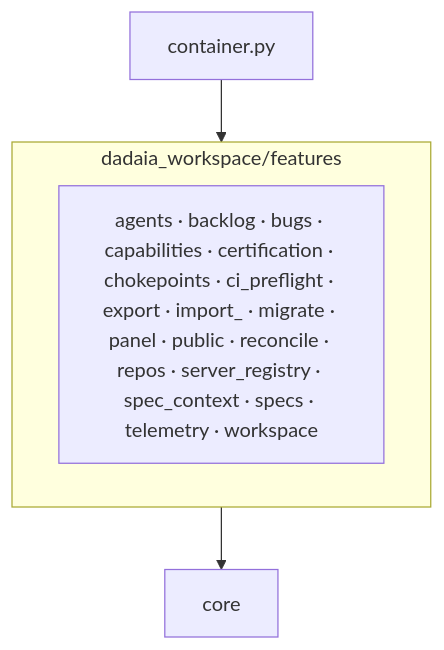
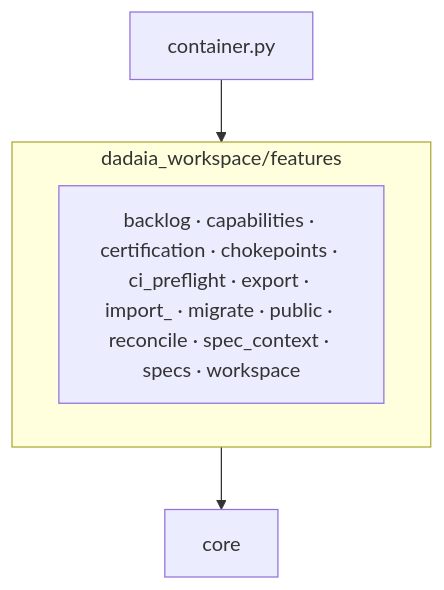
Before and after one commit to marcoaureliomenezes/dadaia-workspace: the second of 2 diagrams in specs/memory/ARCHITECTURE.md, drawn with Mermaid. The commit also changed other lines of this file and 821 other files, not shown here.

````diff
--- a/specs/memory/ARCHITECTURE.md
+++ b/specs/memory/ARCHITECTURE.md
@@ -164,8 +145,8 @@
 ```mermaid
 flowchart TB
     subgraph features["dadaia_workspace/features"]
-      pkgs["agents · backlog · bugs · capabilities · certification · chokepoints · ci_preflight · export · import_ · migrate · panel · public · reconcile · repos · server_registry · spec_context · specs · telemetry · workspace"]
+      pkgs["backlog · capabilities · certification · chokepoints · ci_preflight · export · import_ · migrate · public · reconcile · spec_context · specs · workspace"]
     end
     container["container.py"] --> features
     features --> core["core"]
 ```
````
